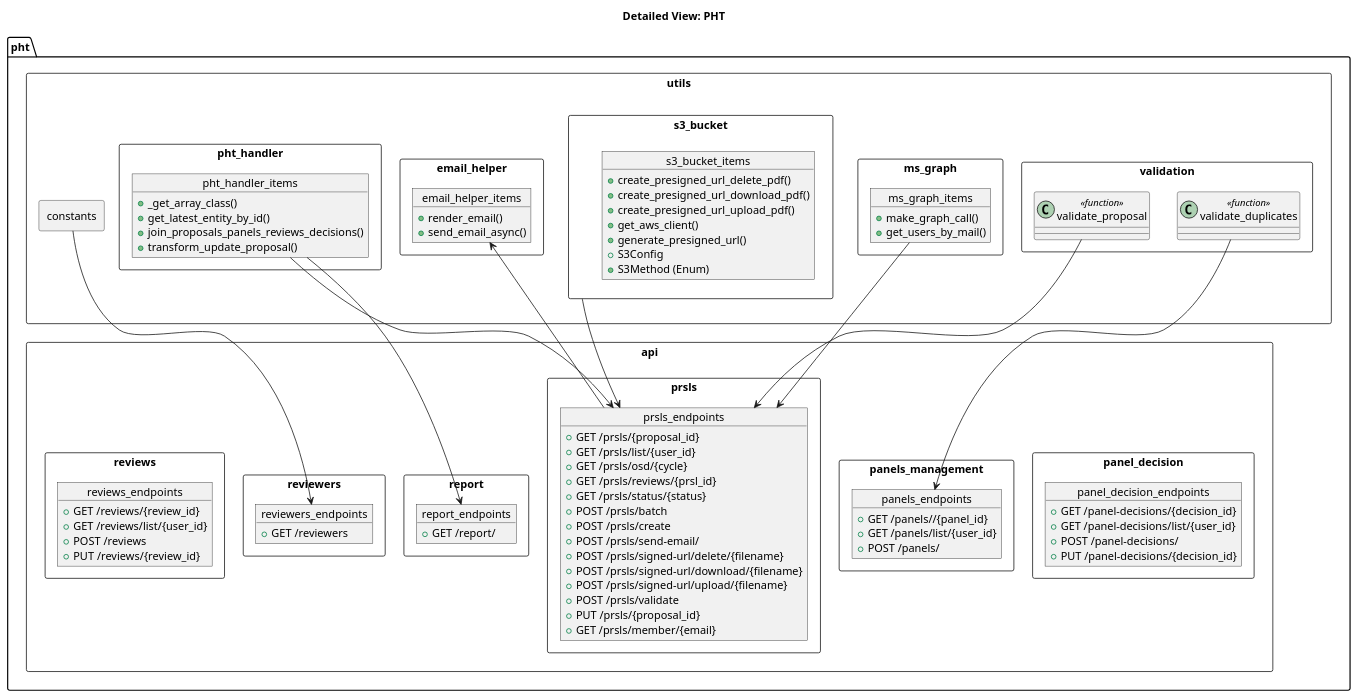
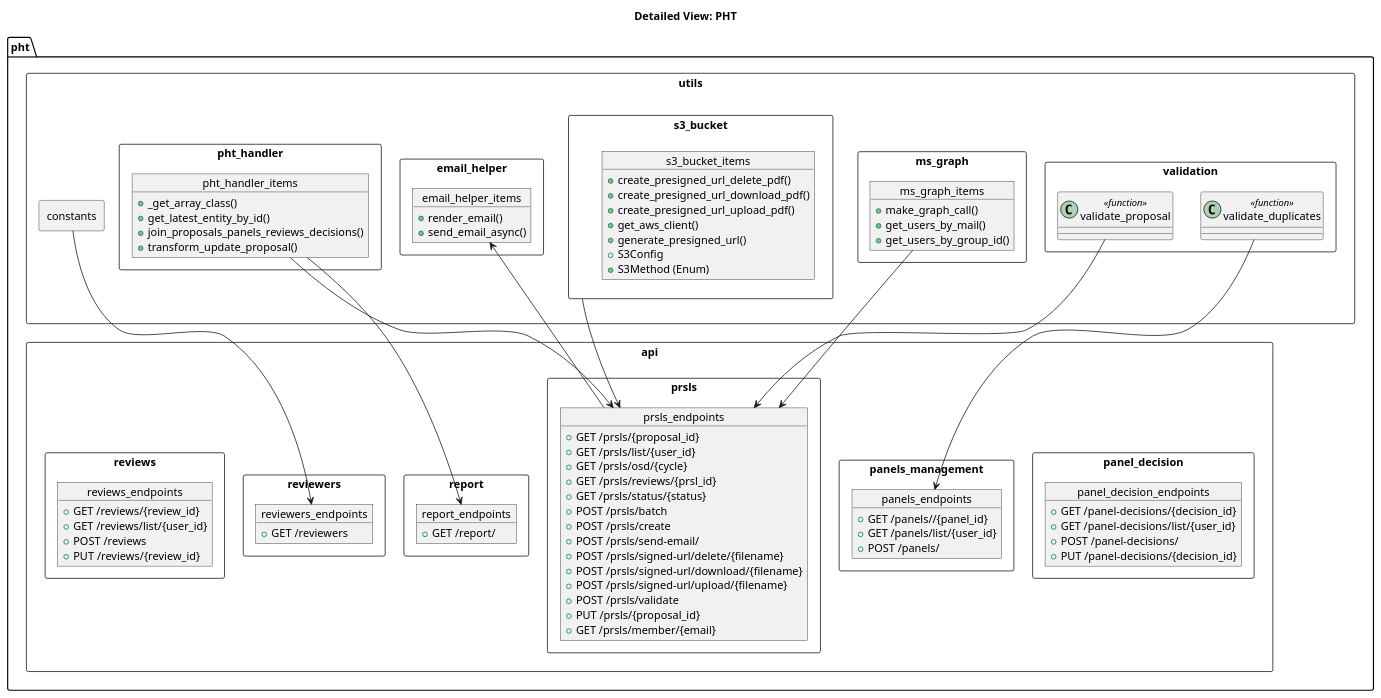
The diagram in docs/src/internal/diagrams/module_view_pht.puml (ska-telescope/ska-oso-services), drawn with PlantUML before and after one commit. The commit also changed 2 other files, not shown here.

```diff
--- a/docs/src/internal/diagrams/module_view_pht.puml
+++ b/docs/src/internal/diagrams/module_view_pht.puml
@@ -1,121 +1,122 @@
 @startuml
 top to bottom direction
 
 title Detailed View: PHT
 
 package "pht" as pht_pkg {
 
     package "api" <<Rectangle>> {
 
         package "panel_decision" <<Rectangle>> {
             object panel_decision_endpoints{
                 + GET /panel-decisions/{decision_id}
                 + GET /panel-decisions/list/{user_id}
                 + POST /panel-decisions/
                 + PUT /panel-decisions/{decision_id}
             }
         }
         
         package "panels_management" <<Rectangle>> {
             object panels_endpoints {
                 + GET /panels//{panel_id}
                 + GET /panels/list/{user_id}
                 + POST /panels/
             }
         }
         
         package "prsls" <<Rectangle>> {
             object prsls_endpoints{
                 + GET /prsls/{proposal_id}
                 + GET /prsls/list/{user_id}
                 + GET /prsls/osd/{cycle}
                 + GET /prsls/reviews/{prsl_id}
                 + GET /prsls/status/{status}
                 + POST /prsls/batch
                 + POST /prsls/create
                 + POST /prsls/send-email/
                 + POST /prsls/signed-url/delete/{filename}
                 + POST /prsls/signed-url/download/{filename}
                 + POST /prsls/signed-url/upload/{filename}
                 + POST /prsls/validate
                 + PUT /prsls/{proposal_id}
                 + GET /prsls/member/{email}
             }
         }
 
         package "report" <<Rectangle>> {
             object report_endpoints{
                 + GET /report/
             }
         }
 
         package "reviewers" <<Rectangle>> {
             object reviewers_endpoints{
                 + GET /reviewers
             }
         }
         
         package "reviews" <<Rectangle>> {
             object reviews_endpoints{
                 + GET /reviews/{review_id}
                 + GET /reviews/list/{user_id}
                 + POST /reviews
                 + PUT /reviews/{review_id}
             }
         }
     }
 
     package "utils" <<Rectangle>> {
         package "email_helper" <<Rectangle>> {
             object email_helper_items {
                 + render_email()
                 + send_email_async()
             }
         }
         package "pht_handler" <<Rectangle>> {
             object pht_handler_items {
                 + _get_array_class()
                 + get_latest_entity_by_id()
                 + join_proposals_panels_reviews_decisions()
                 + transform_update_proposal()
             }
         }
         package "ms_graph" <<Rectangle>> {
             object ms_graph_items {
                 + make_graph_call()
                 + get_users_by_mail()
+                + get_users_by_group_id()
             }
         }
         package "s3_bucket" <<Rectangle>> {
             object s3_bucket_items {
                 + create_presigned_url_delete_pdf()
                 + create_presigned_url_download_pdf()
                 + create_presigned_url_upload_pdf()
                 + get_aws_client()
                 + generate_presigned_url()
                 + S3Config
                 + S3Method (Enum)
             }
         }
         package "validation" <<Rectangle>> {
             class validate_duplicates <<function>>
             class validate_proposal <<function>>
         }
         
         package "constants" <<Rectangle>> {
         }
     }
     
     ' --- Relationships, return types only ---
     validate_proposal --> prsls_endpoints
     s3_bucket --> prsls_endpoints
     prsls_endpoints --> email_helper_items
     validate_duplicates --> panels_endpoints
     pht_handler_items --> prsls_endpoints 
     pht_handler_items --> report_endpoints
     constants --> reviewers_endpoints
     ms_graph_items --> prsls_endpoints 
     
 
 }
 @enduml
```
